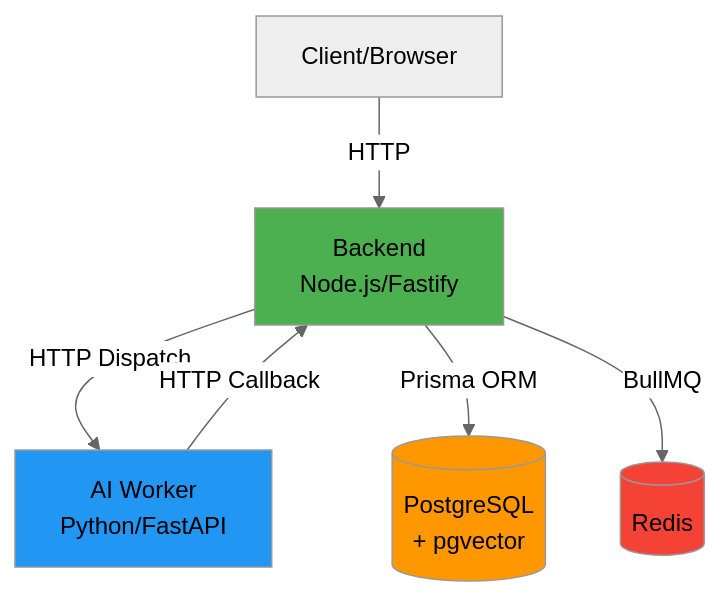
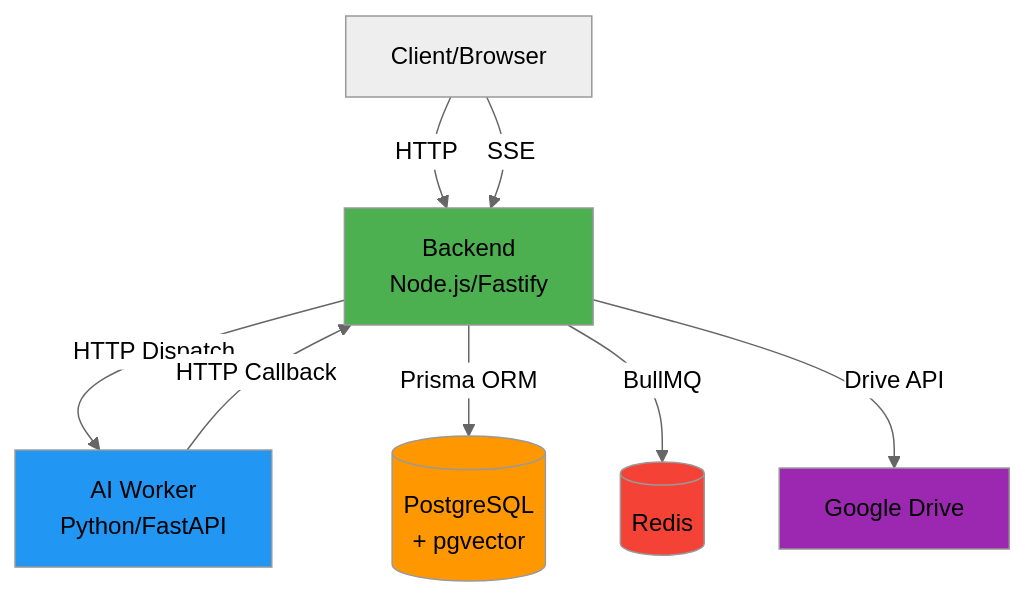
Before and after one commit to namtroi/RAGBase: the first of 7 diagrams in docs/ARCHITECTURE.md, drawn with Mermaid (neutral theme). The commit also changed other lines of this file and 7 other files, not shown here.

Commit message:
docs: update API and Architecture for Phase 2, add Phase 3 specs and roadmap

````diff
--- a/docs/ARCHITECTURE.md
+++ b/docs/ARCHITECTURE.md
@@ -13,13 +13,16 @@
 ```mermaid
 graph TB
     Client[Client/Browser] -->|HTTP| Backend
+    Client -->|SSE| Backend
     Backend[Backend<br/>Node.js/Fastify] -->|HTTP Dispatch| AIWorker[AI Worker<br/>Python/FastAPI]
     AIWorker -->|HTTP Callback| Backend
     Backend -->|Prisma ORM| Postgres[(PostgreSQL<br/>+ pgvector)]
     Backend -->|BullMQ| Redis[(Redis)]
+    Backend -->|Drive API| GDrive[Google Drive]
     
     style Backend fill:#4CAF50
     style AIWorker fill:#2196F3
     style Postgres fill:#FF9800
     style Redis fill:#F44336
+    style GDrive fill:#9C27B0
 ```
````
